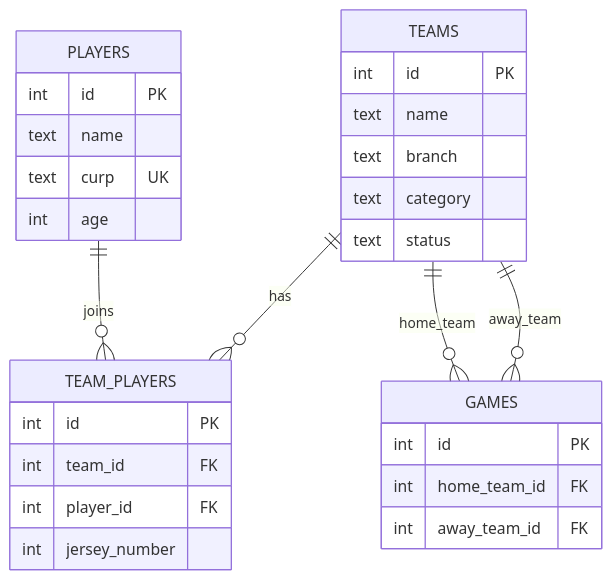
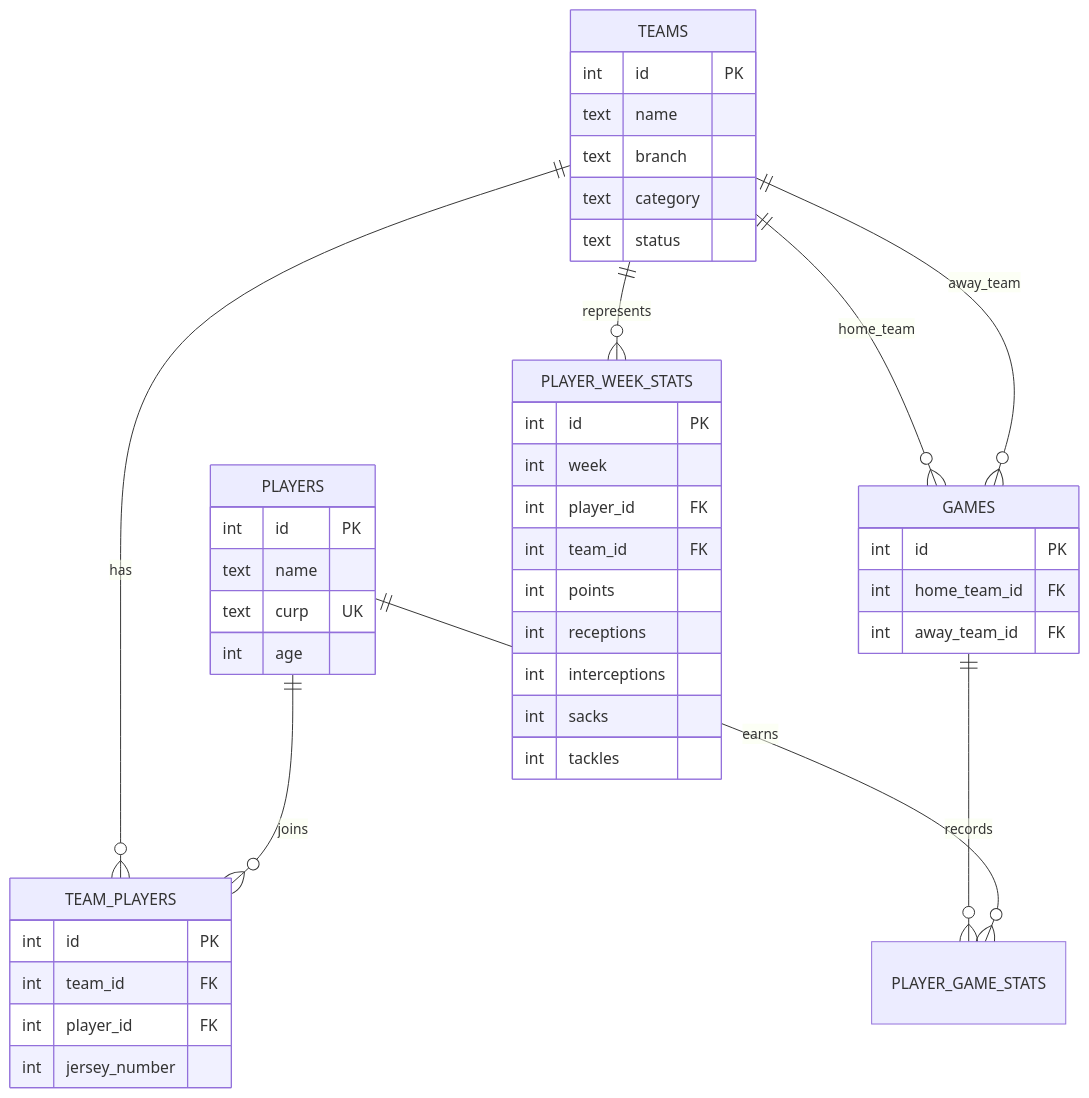
The third of 4 diagrams in docs/architecture.md (bruno-diaz-dev/flagtastic-league), drawn with Mermaid before and after one commit. The commit also changed other lines of this file and 63 other files, not shown here.

First line of the commit message:
Add player registration, statistics, and team management features

````diff
--- a/docs/architecture.md
+++ b/docs/architecture.md
@@ -166,35 +183,50 @@
 ```mermaid
 erDiagram
     TEAMS ||--o{ TEAM_PLAYERS : has
     PLAYERS ||--o{ TEAM_PLAYERS : joins
     TEAMS ||--o{ GAMES : home_team
     TEAMS ||--o{ GAMES : away_team
+    GAMES ||--o{ PLAYER_GAME_STATS : records
+    PLAYERS ||--o{ PLAYER_GAME_STATS : earns
+    TEAMS ||--o{ PLAYER_WEEK_STATS : represents
 
     TEAMS {
         int id PK
         text name
         text branch
         text category
         text status
     }
 
     PLAYERS {
         int id PK
         text name
         text curp UK
         int age
     }
 
     TEAM_PLAYERS {
         int id PK
         int team_id FK
         int player_id FK
         int jersey_number
     }
 
     GAMES {
         int id PK
         int home_team_id FK
         int away_team_id FK
     }
+
+    PLAYER_WEEK_STATS {
+        int id PK
+        int week
+        int player_id FK
+        int team_id FK
+        int points
+        int receptions
+        int interceptions
+        int sacks
+        int tackles
+    }
 ```
````
